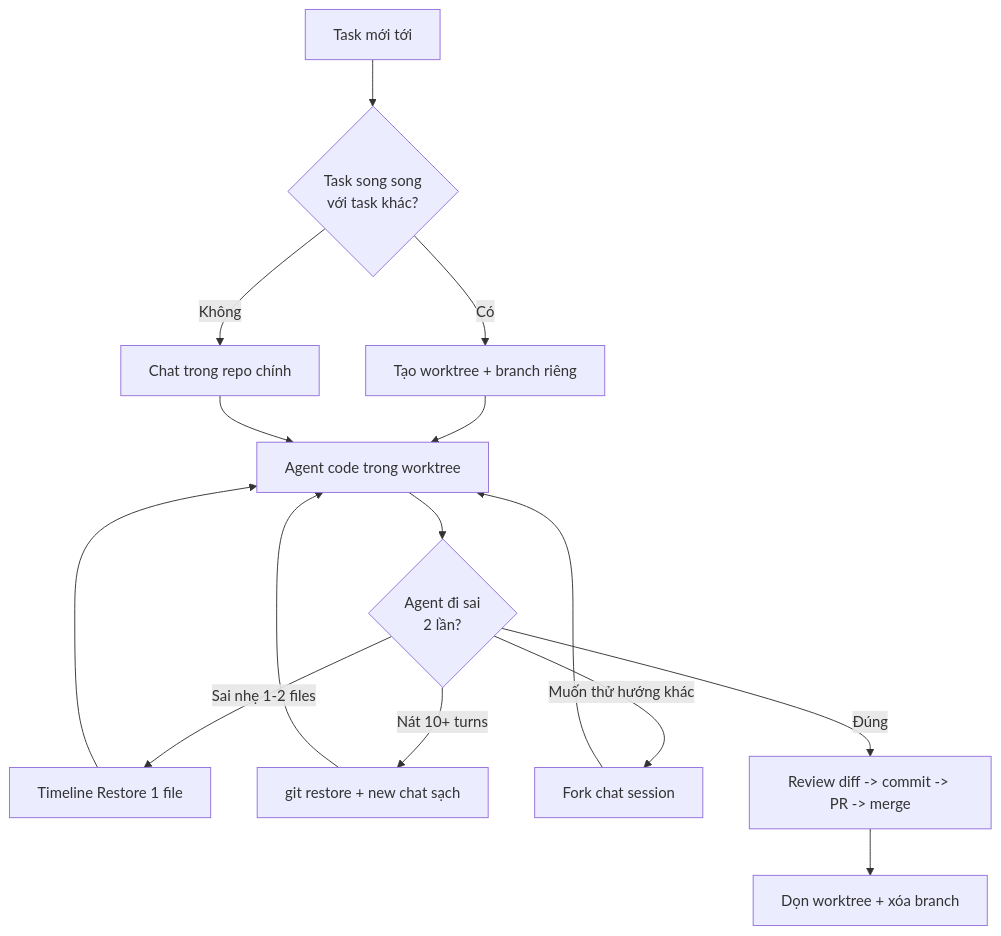
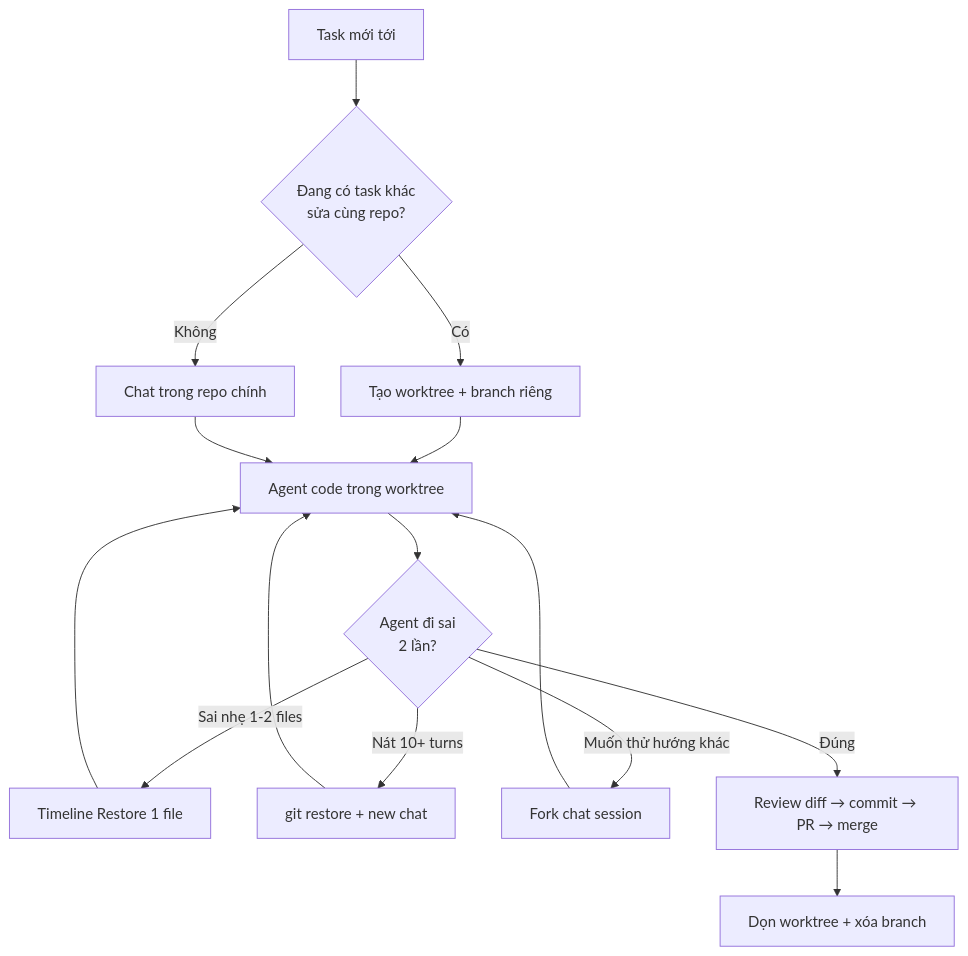
One commit to nbhson/tutorial-github-copilot changed the diagram in 01-huong-dan-su-dung/11-git-worktrees-checkpoints.md. Above: the diagram before and after it, drawn with Mermaid. The commit also changed other lines of this file and 96 other files, not shown here.

````diff
--- a/01-huong-dan-su-dung/11-git-worktrees-checkpoints.md
+++ b/01-huong-dan-su-dung/11-git-worktrees-checkpoints.md
@@ -57,17 +63,17 @@
 ```mermaid
 flowchart TD
-    A[Task mới tới] --> B{Task song song<br/>với task khác?}
+    A[Task mới tới] --> B{Đang có task khác<br/>sửa cùng repo?}
     B -->|Có| C[Tạo worktree + branch riêng]
     B -->|Không| D[Chat trong repo chính]
     C --> E[Agent code trong worktree]
     D --> E
     E --> F{Agent đi sai<br/>2 lần?}
     F -->|Sai nhẹ 1-2 files| G[Timeline Restore 1 file]
-    F -->|Nát 10+ turns| H[git restore + new chat sạch]
+    F -->|Nát 10+ turns| H[git restore + new chat]
     F -->|Muốn thử hướng khác| I[Fork chat session]
-    F -->|Đúng| J[Review diff -> commit -> PR -> merge]
+    F -->|Đúng| J[Review diff → commit → PR → merge]
     G --> E
     H --> E
     I --> E
     J --> K[Dọn worktree + xóa branch]
 ```
````
